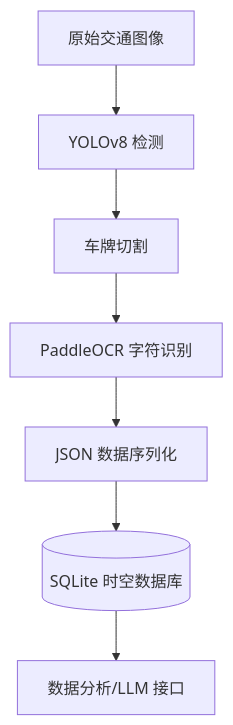
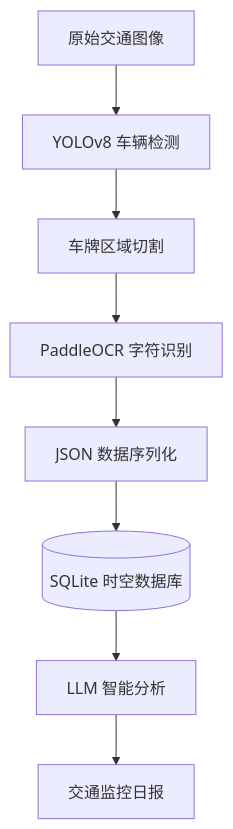
The diagram in README.md (wyyyz-web/Traffic-Agent), drawn with Mermaid before and after one commit. The commit also changed other lines of this file, not shown here.

````diff
--- a/README.md
+++ b/README.md
@@ -9,9 +13,10 @@
 ```mermaid
 graph TD
-    A[原始交通图像] --> B[YOLOv8 检测]
-    B --> C[车牌切割]
+    A[原始交通图像] --> B[YOLOv8 车辆检测]
+    B --> C[车牌区域切割]
     C --> D[PaddleOCR 字符识别]
     D --> E[JSON 数据序列化]
     E --> F[(SQLite 时空数据库)]
-    F --> G[数据分析/LLM 接口]
+    F --> G[LLM 智能分析]
+    G --> H[交通监控日报]
 ```
````
